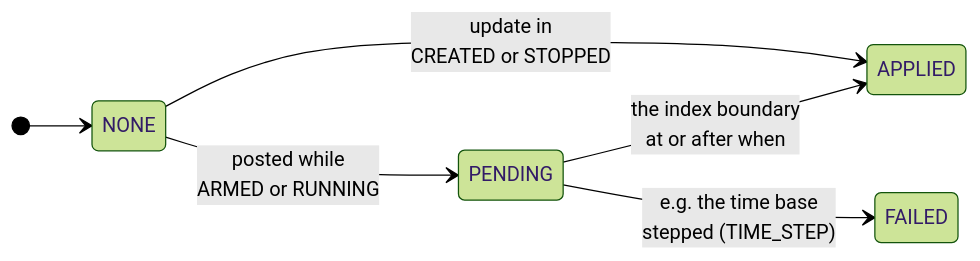
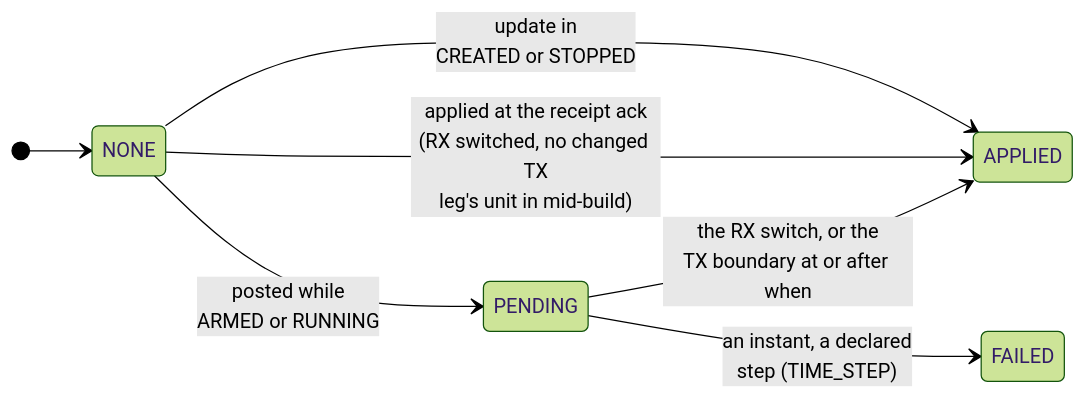
Before and after one commit to OpenVisualCloud/Media-Transport-Library: the third of 15 diagrams in doc/unified-api/contract.md, drawn with Mermaid (forest theme). The commit also changed other lines of this file and 58 other files, not shown here.

````diff
--- a/doc/unified-api/contract.md
+++ b/doc/unified-api/contract.md
@@ -1086,9 +1195,10 @@
 ```mermaid
 stateDiagram-v2
     direction LR
     [*] --> NONE
     NONE --> PENDING: posted while<br/>ARMED or RUNNING
     NONE --> APPLIED: update in<br/>CREATED or STOPPED
-    PENDING --> APPLIED: the index boundary<br/>at or after when
-    PENDING --> FAILED: e.g. the time base<br/>stepped (TIME_STEP)
+    NONE --> APPLIED: applied at the receipt ack<br/>(RX switched, no changed TX<br/>leg's unit in mid-build)
+    PENDING --> APPLIED: the RX switch, or the<br/>TX boundary at or after when
+    PENDING --> FAILED: an instant, a declared<br/>step (TIME_STEP)
 ```
````
